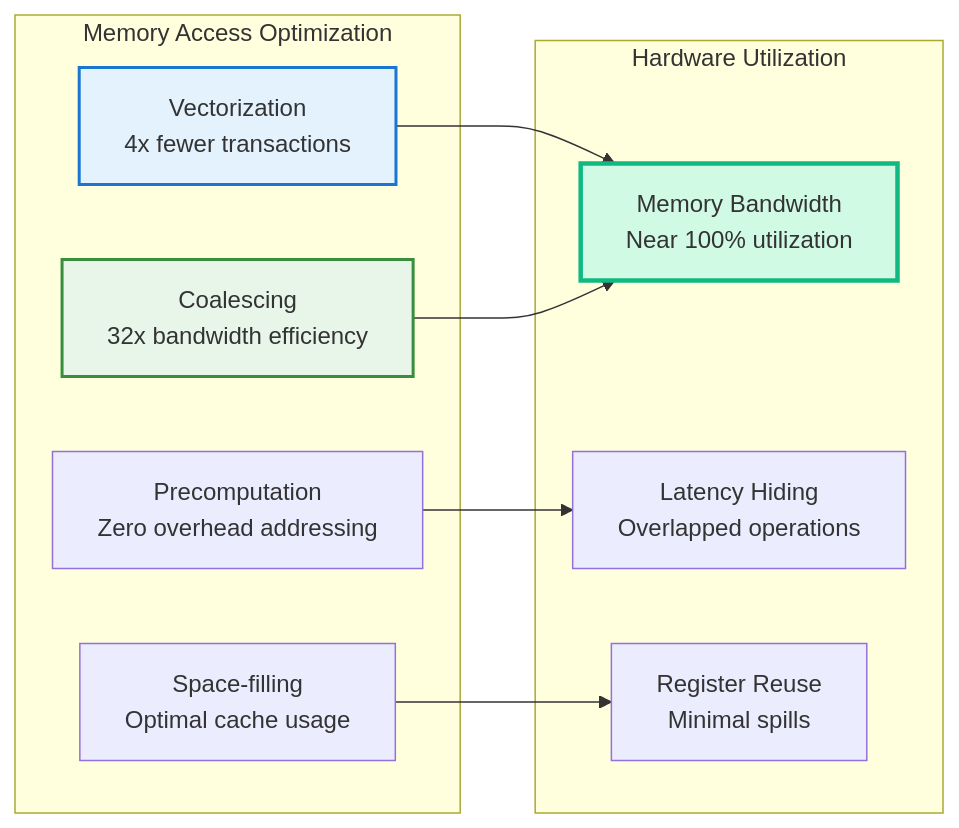
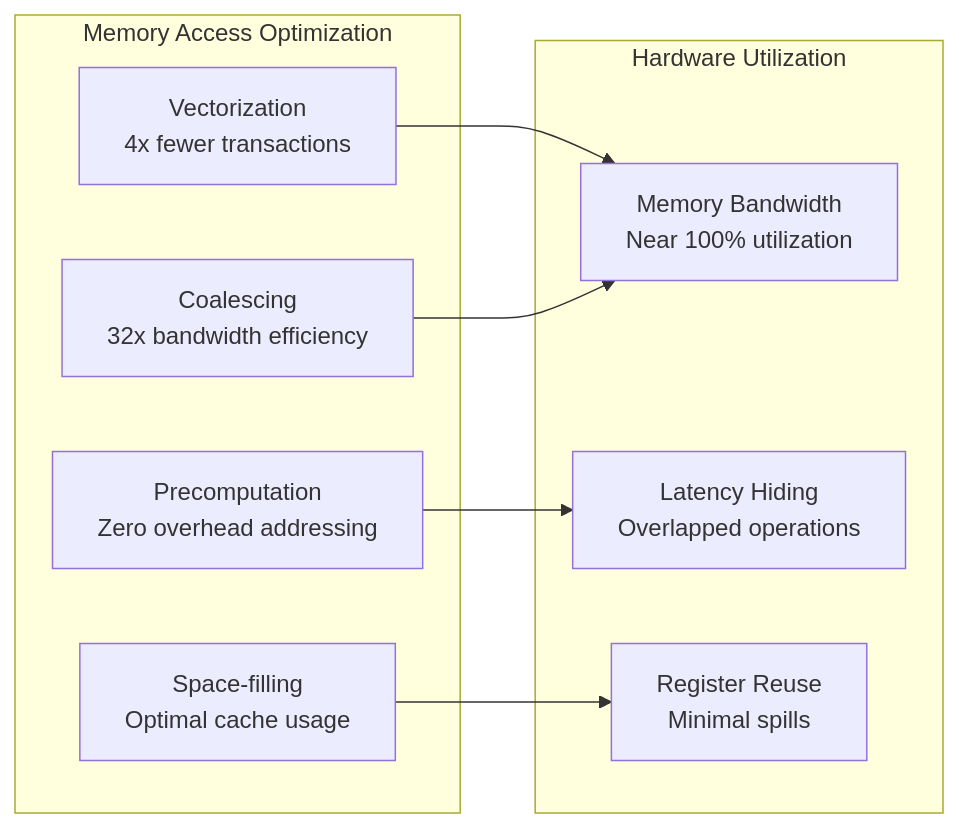
Before and after one commit to hdt98/rocm-libraries: the fifth of 5 diagrams in projects/composablekernel/docs/conceptual/ck_tile/tile_window.rst, drawn with Mermaid. The commit also changed other lines of this file and 21 other files, not shown here.

First line of the commit message:
[ck] Updated CK Tile documentation to use mermaid diagrams (#7955)

```diff
--- a/projects/composablekernel/docs/conceptual/ck_tile/tile_window.rst
+++ b/projects/composablekernel/docs/conceptual/ck_tile/tile_window.rst
@@ -592,24 +539,20 @@
-   .. mermaid::
-   
-      graph LR
-          subgraph "Memory Access Optimization"
-              V["Vectorization<br/>4x fewer transactions"]
-              C["Coalescing<br/>32x bandwidth efficiency"]
-              P["Precomputation<br/>Zero overhead addressing"]
-              S["Space-filling<br/>Optimal cache usage"]
-          end
-          
-          subgraph "Hardware Utilization"
-              BW["Memory Bandwidth<br/>Near 100% utilization"]
-              L["Latency Hiding<br/>Overlapped operations"]
-              R["Register Reuse<br/>Minimal spills"]
-          end
-          
-          V --> BW
-          C --> BW
-          P --> L
-          S --> R
-          
-          style V fill:#e3f2fd,stroke:#1976d2,stroke-width:2px
-          style C fill:#e8f5e9,stroke:#388e3c,stroke-width:2px
-          style BW fill:#d1fae5,stroke:#10b981,stroke-width:3px
+.. mermaid::
+
+   graph LR
+       subgraph "Memory Access Optimization"
+           V["Vectorization<br/>4x fewer transactions"]
+           C["Coalescing<br/>32x bandwidth efficiency"]
+           P["Precomputation<br/>Zero overhead addressing"]
+           S["Space-filling<br/>Optimal cache usage"]
+       end
+
+       subgraph "Hardware Utilization"
+           BW["Memory Bandwidth<br/>Near 100% utilization"]
+           L["Latency Hiding<br/>Overlapped operations"]
+           R["Register Reuse<br/>Minimal spills"]
+       end
+
+       V --> BW
+       C --> BW
+       P --> L
+       S --> R
```
